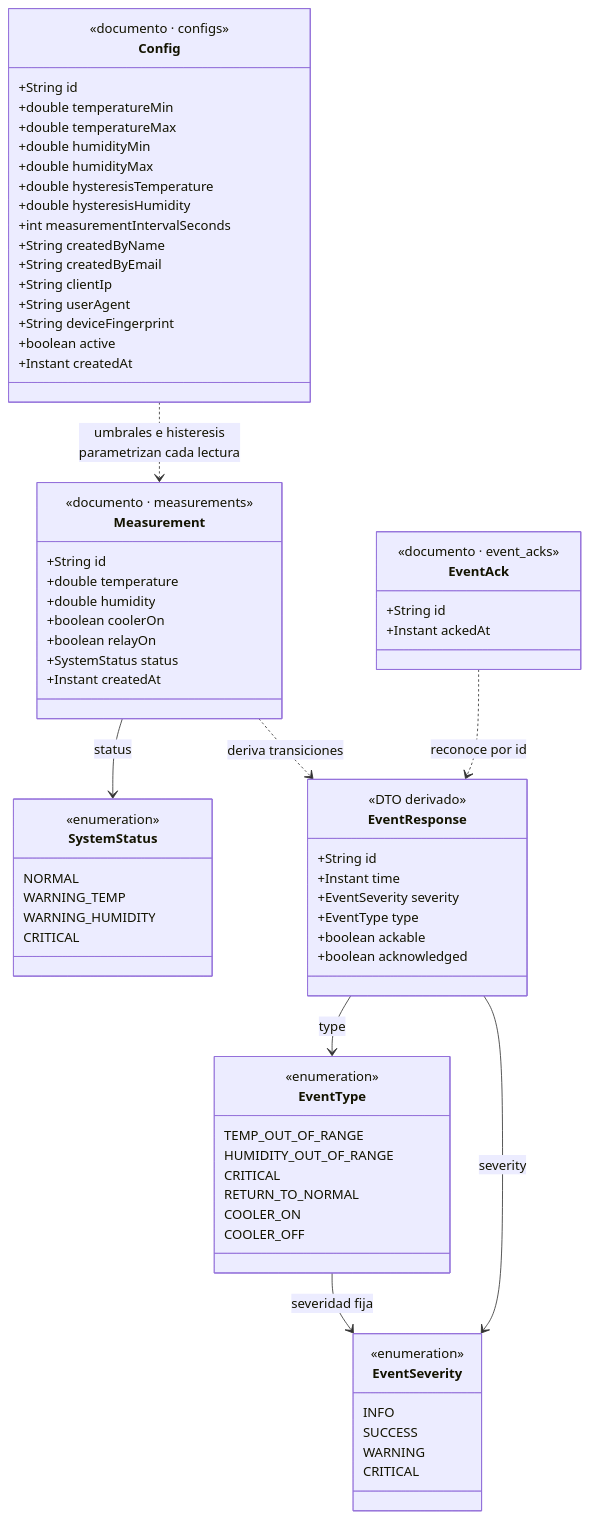
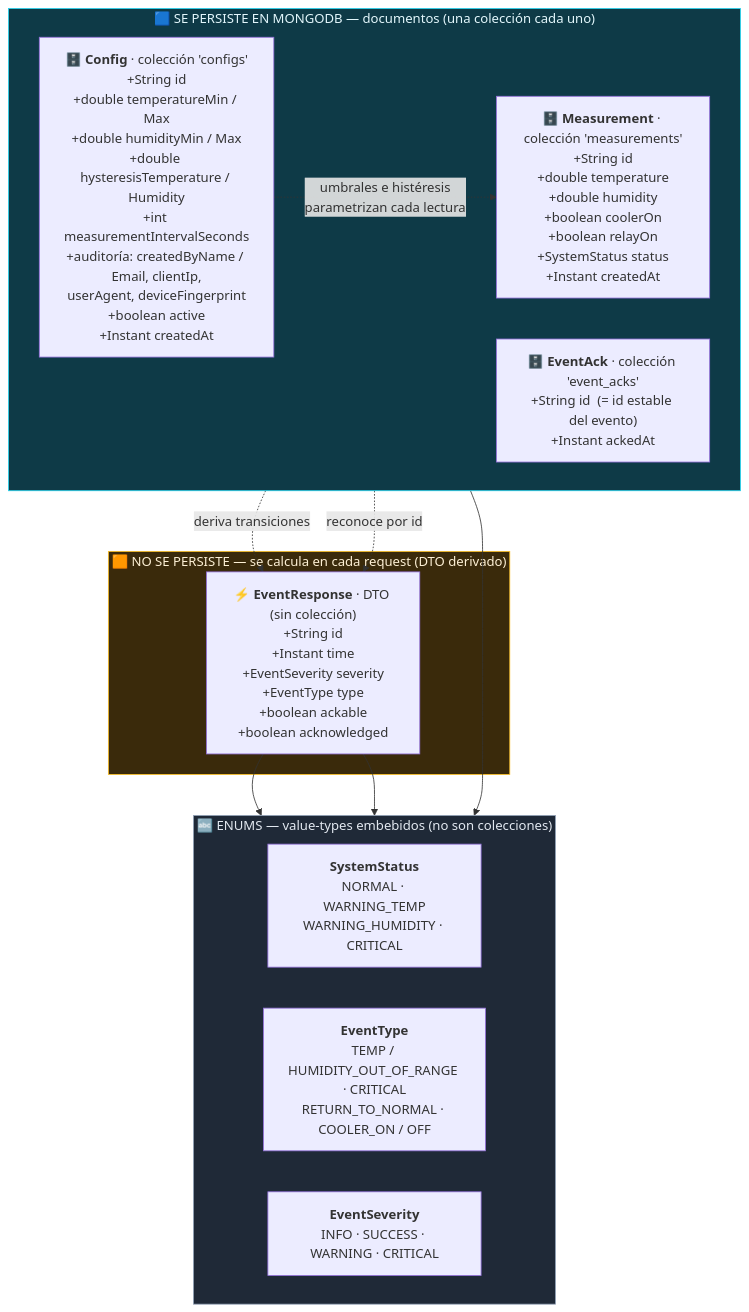
One commit to andinogabriel/plc-control-backend changed the tenth of 11 diagrams in README.md. Above: the diagram before and after it, drawn with Mermaid. The commit also changed other lines of this file, not shown here.

Commit message:
docs(readme): group data-model UML into persisted/derived/enum bands (GitHub-robust)

````diff
--- a/README.md
+++ b/README.md
@@ -481,88 +485,31 @@
 ```mermaid
-classDiagram
-    class Config {
-        <<documento · configs>>
-        +String id
-        +double temperatureMin
-        +double temperatureMax
-        +double humidityMin
-        +double humidityMax
-        +double hysteresisTemperature
-        +double hysteresisHumidity
-        +int measurementIntervalSeconds
-        +String createdByName
-        +String createdByEmail
-        +String clientIp
-        +String userAgent
-        +String deviceFingerprint
-        +boolean active
-        +Instant createdAt
-    }
-    class Measurement {
-        <<documento · measurements>>
-        +String id
-        +double temperature
-        +double humidity
-        +boolean coolerOn
-        +boolean relayOn
-        +SystemStatus status
-        +Instant createdAt
-    }
-    class EventAck {
-        <<documento · event_acks>>
-        +String id
-        +Instant ackedAt
-    }
-    class EventResponse {
-        <<DTO derivado>>
-        +String id
-        +Instant time
-        +EventSeverity severity
-        +EventType type
-        +boolean ackable
-        +boolean acknowledged
-    }
-    class SystemStatus {
-        <<enumeration>>
-        NORMAL
-        WARNING_TEMP
-        WARNING_HUMIDITY
-        CRITICAL
-    }
-    class EventType {
-        <<enumeration>>
-        TEMP_OUT_OF_RANGE
-        HUMIDITY_OUT_OF_RANGE
-        CRITICAL
-        RETURN_TO_NORMAL
-        COOLER_ON
-        COOLER_OFF
-    }
-    class EventSeverity {
-        <<enumeration>>
-        INFO
-        SUCCESS
-        WARNING
-        CRITICAL
-    }
+flowchart TB
+    subgraph persist["🟦 SE PERSISTE EN MONGODB — documentos (una colección cada uno)"]
+        direction LR
+        Config["🗄️ <b>Config</b> · colección 'configs'<br/>+String id<br/>+double temperatureMin / Max<br/>+double humidityMin / Max<br/>+double hysteresisTemperature / Humidity<br/>+int measurementIntervalSeconds<br/>+auditoría: createdByName / Email, clientIp,<br/>userAgent, deviceFingerprint<br/>+boolean active<br/>+Instant createdAt"]
+        Measurement["🗄️ <b>Measurement</b> · colección 'measurements'<br/>+String id<br/>+double temperature<br/>+double humidity<br/>+boolean coolerOn<br/>+boolean relayOn<br/>+SystemStatus status<br/>+Instant createdAt"]
+        EventAck["🗄️ <b>EventAck</b> · colección 'event_acks'<br/>+String id  (= id estable del evento)<br/>+Instant ackedAt"]
+    end
 
-    Config ..> Measurement : umbrales e histeresis<br/>parametrizan cada lectura
-    Measurement --> SystemStatus : status
-    Measurement ..> EventResponse : deriva transiciones
-    EventAck ..> EventResponse : reconoce por id
-    EventResponse --> EventType : type
-    EventResponse --> EventSeverity : severity
-    EventType --> EventSeverity : severidad fija
+    subgraph derived["🟧 NO SE PERSISTE — se calcula en cada request (DTO derivado)"]
+        EventResponse["⚡ <b>EventResponse</b> · DTO (sin colección)<br/>+String id<br/>+Instant time<br/>+EventSeverity severity<br/>+EventType type<br/>+boolean ackable<br/>+boolean acknowledged"]
+    end
 
-    classDef doc fill:#0e7490,stroke:#22d3ee,color:#ffffff
-    classDef dto fill:#b45309,stroke:#fbbf24,color:#ffffff,stroke-dasharray:4 3
-    classDef enumeration fill:#334155,stroke:#94a3b8,color:#e2e8f0
+    subgraph enums["🔤 ENUMS — value-types embebidos (no son colecciones)"]
+        direction LR
+        SystemStatus["<b>SystemStatus</b><br/>NORMAL · WARNING_TEMP<br/>WARNING_HUMIDITY · CRITICAL"]
+        EventType["<b>EventType</b><br/>TEMP / HUMIDITY_OUT_OF_RANGE · CRITICAL<br/>RETURN_TO_NORMAL · COOLER_ON / OFF"]
+        EventSeverity["<b>EventSeverity</b><br/>INFO · SUCCESS · WARNING · CRITICAL"]
+    end
 
-    class Config:::doc
-    class Measurement:::doc
-    class EventAck:::doc
-    class EventResponse:::dto
-    class SystemStatus:::enumeration
-    class EventType:::enumeration
-    class EventSeverity:::enumeration
+    Config -. "umbrales e histéresis<br/>parametrizan cada lectura" .-> Measurement
+    Measurement -. "deriva transiciones" .-> EventResponse
+    EventAck -. "reconoce por id" .-> EventResponse
+    Measurement --> SystemStatus
+    EventResponse --> EventType
+    EventResponse --> EventSeverity
+
+    style persist fill:#0e3a47,stroke:#22d3ee,color:#e2f6fb
+    style derived fill:#3a2a0b,stroke:#fbbf24,color:#fdf0d5
+    style enums fill:#1f2937,stroke:#94a3b8,color:#e2e8f0
 ```
````
